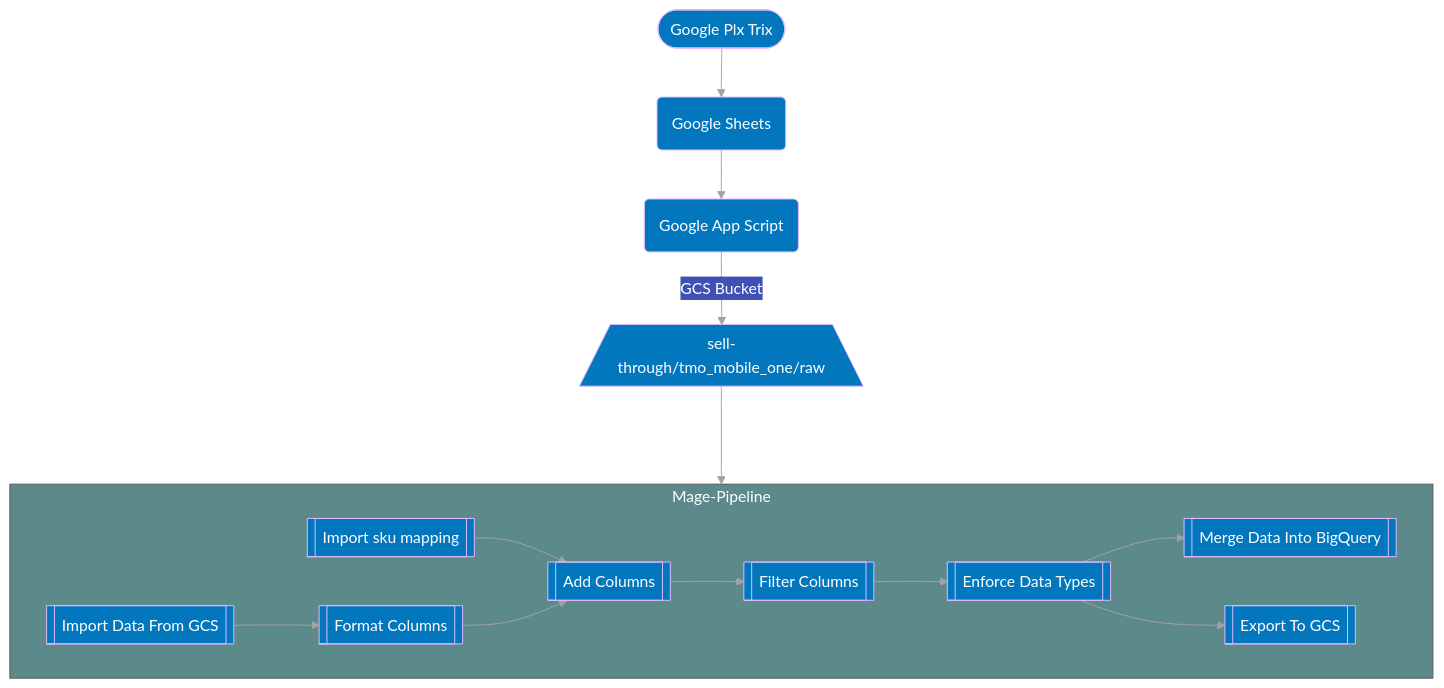
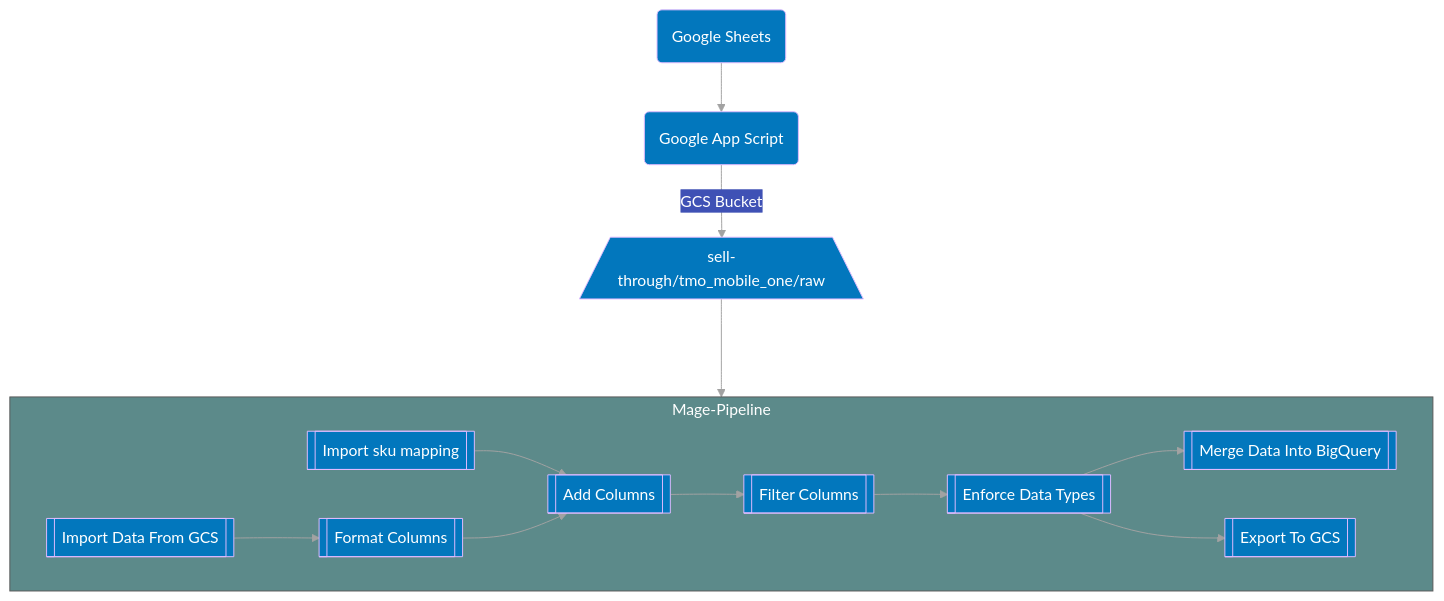
The diagram in DocuMentor/pipelines/tmo_sales.md (CarrierOps/1P-Wiki), drawn with Mermaid before and after one commit. The commit also changed 1 other file, not shown here.

Commit message:
promo pipeline

````diff
--- a/DocuMentor/pipelines/tmo_sales.md
+++ b/DocuMentor/pipelines/tmo_sales.md
@@ -13,52 +13,52 @@
 ```mermaid
 %%{
   init: {
     'theme': 'base',
     'themeVariables': {
       'primaryColor': '#0277bd',
       'primaryTextColor': '#ffffff',
       'primaryBorderColor': '#e0bbff',
       'lineColor': '#a2a2a2',
       'secondaryColor': '#3f51b5',
       'tertiaryColor': '#5c8a8a',
       'tertiaryTextColor': '#ffffff'
     }
   }
 }%%
 
 
 flowchart TD
-id0([Google Plx Trix])
+
 id0000(Google Sheets)
 id00(Google App Script)
 id000[/sell-through/tmo_mobile_one/raw\]
-id0 --> id0000
+
 id0000 --> id00
 id00--GCS Bucket --> id000
 
 subgraph Mage-Pipeline
     id1[[Import Data From GCS]]
     id2[[Import sku mapping]]
     id3[[Format Columns]]
     id1 --> id3
     id4[[Add Columns]]
 
     id2 --> id4
     id3 --> id4
     id5[[Filter Columns]]
     id4 --> id5
     id6[[Enforce Data Types]]
     id5 --> id6
 
     id7[[Merge Data Into BigQuery]]
     id8[[Export To GCS]]
 
     id6 --> id7
     id6 --> id8
 
 end
 id000 ---> Mage-Pipeline
 
 
 
 ```
````
